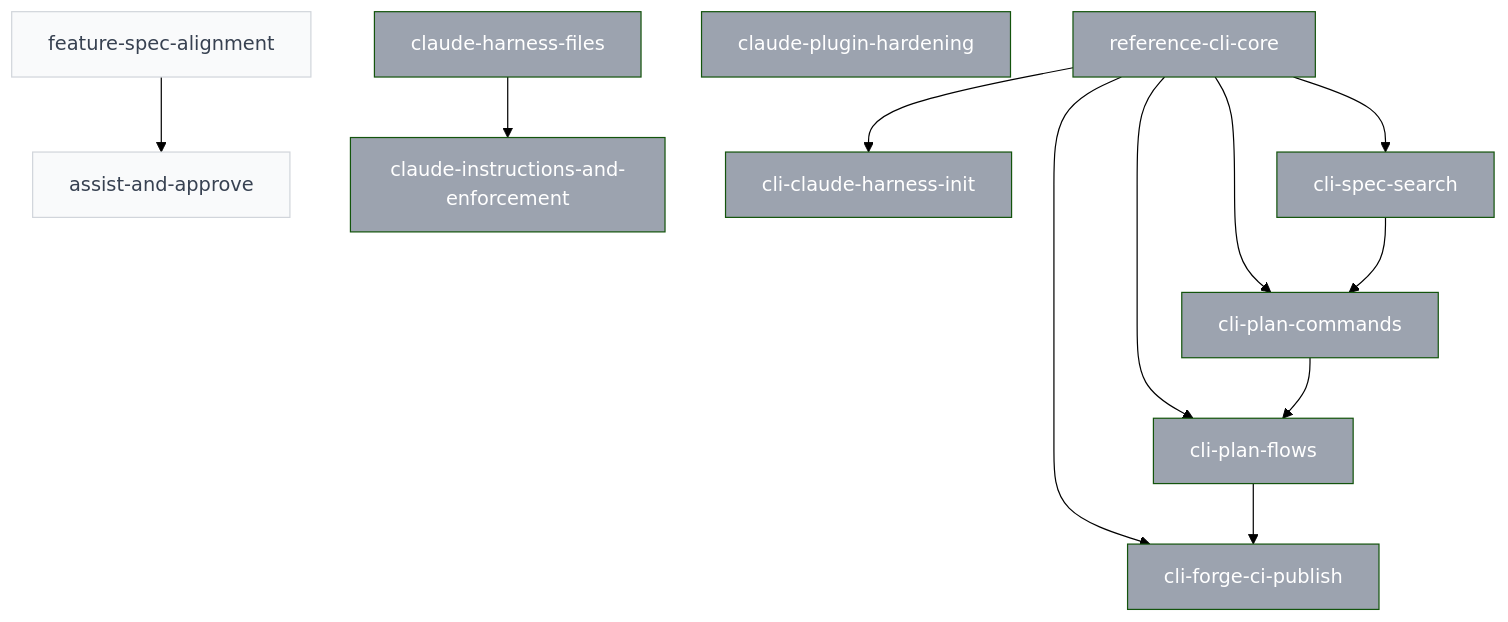
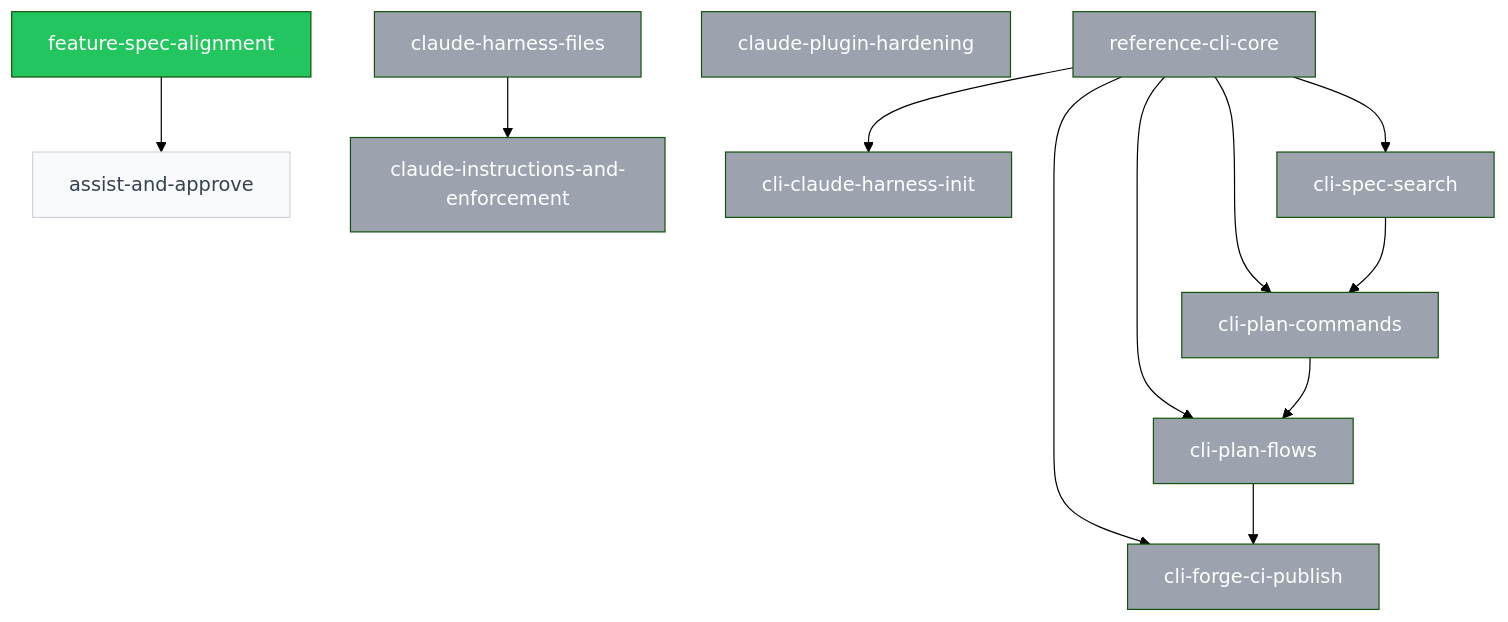
The diagram in plans/PLANS.md (SpiralSky/specplane), drawn with Mermaid (forest theme) before and after one commit. The commit also changed other lines of this file and 5 other files, not shown here.

First line of the commit message:
docs(feature-spec-alignment): update README and help text, regenerate PLANS.md

````diff
--- a/plans/PLANS.md
+++ b/plans/PLANS.md
@@ -28,31 +28,31 @@
 ```mermaid
 graph TD
     p_2026_10_28_reference_cli_core[reference-cli-core]:::done
     p_2026_10_29_assist_and_approve[assist-and-approve]:::draft
     p_2026_10_29_claude_harness_files[claude-harness-files]:::done
     p_2026_10_29_claude_instructions_and_enforcement[claude-instructions-and-enforcement]:::done
     p_2026_10_29_claude_plugin_hardening[claude-plugin-hardening]:::done
     p_2026_10_29_cli_claude_harness_init[cli-claude-harness-init]:::done
     p_2026_10_29_cli_forge_ci_publish[cli-forge-ci-publish]:::done
     p_2026_10_29_cli_plan_commands[cli-plan-commands]:::done
     p_2026_10_29_cli_plan_flows[cli-plan-flows]:::done
     p_2026_10_29_cli_spec_search[cli-spec-search]:::done
-    p_2026_10_29_feature_spec_alignment[feature-spec-alignment]:::draft
+    p_2026_10_29_feature_spec_alignment[feature-spec-alignment]:::ready
     p_2026_10_29_feature_spec_alignment --> p_2026_10_29_assist_and_approve
     p_2026_10_29_claude_harness_files --> p_2026_10_29_claude_instructions_and_enforcement
     p_2026_10_28_reference_cli_core --> p_2026_10_29_cli_claude_harness_init
     p_2026_10_28_reference_cli_core --> p_2026_10_29_cli_forge_ci_publish
     p_2026_10_29_cli_plan_flows --> p_2026_10_29_cli_forge_ci_publish
     p_2026_10_28_reference_cli_core --> p_2026_10_29_cli_plan_commands
     p_2026_10_29_cli_spec_search --> p_2026_10_29_cli_plan_commands
     p_2026_10_28_reference_cli_core --> p_2026_10_29_cli_plan_flows
     p_2026_10_29_cli_plan_commands --> p_2026_10_29_cli_plan_flows
     p_2026_10_28_reference_cli_core --> p_2026_10_29_cli_spec_search
     classDef draft fill:#f9fafb,color:#374151,stroke:#d1d5db
     classDef ready fill:#22c55e,color:#fff
     classDef blocked fill:#ef4444,color:#fff
     classDef in_progress fill:#3b82f6,color:#fff
     classDef review fill:#60a5fa,color:#fff
     classDef done fill:#9ca3af,color:#fff
     classDef abandoned fill:#9ca3af,color:#fff,text-decoration:line-through
 ```
````
